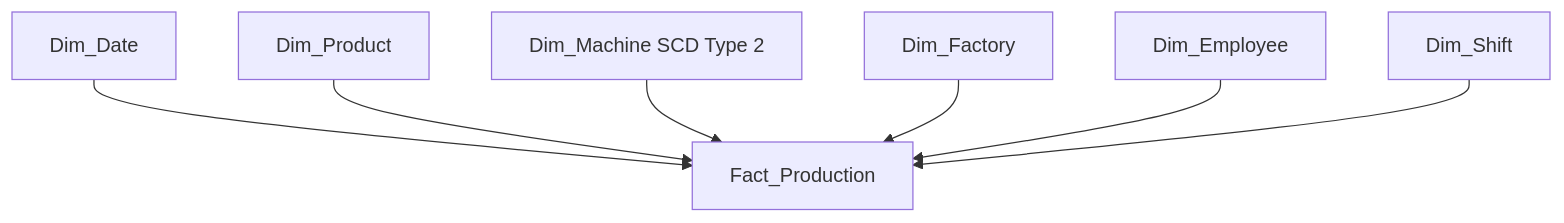
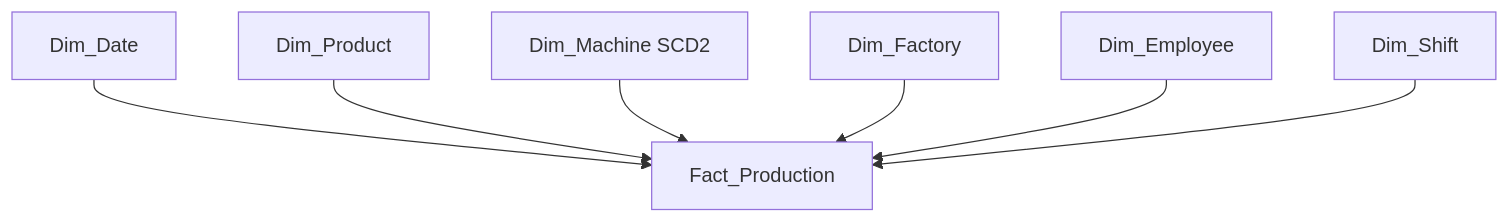
One commit to akindaG/Enterprise-Manufacturing-Data-Warehouse changed the second of 2 diagrams in README.md. Above: the diagram before and after it, drawn with Mermaid. The commit also changed other lines of this file and 27 other files, not shown here.

````diff
--- a/README.md
+++ b/README.md
@@ -149,9 +128,9 @@
 ```mermaid
 flowchart TB
     D1[Dim_Date] --> F[Fact_Production]
     D2[Dim_Product] --> F
-    D3[Dim_Machine SCD Type 2] --> F
+    D3[Dim_Machine SCD2] --> F
     D4[Dim_Factory] --> F
     D5[Dim_Employee] --> F
     D6[Dim_Shift] --> F
 ```
````
